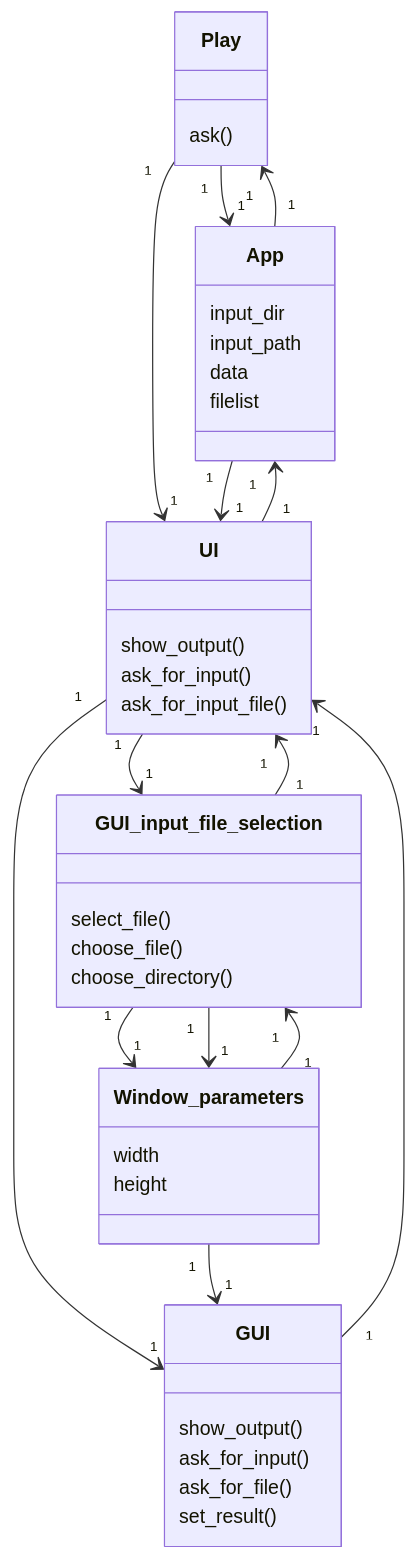
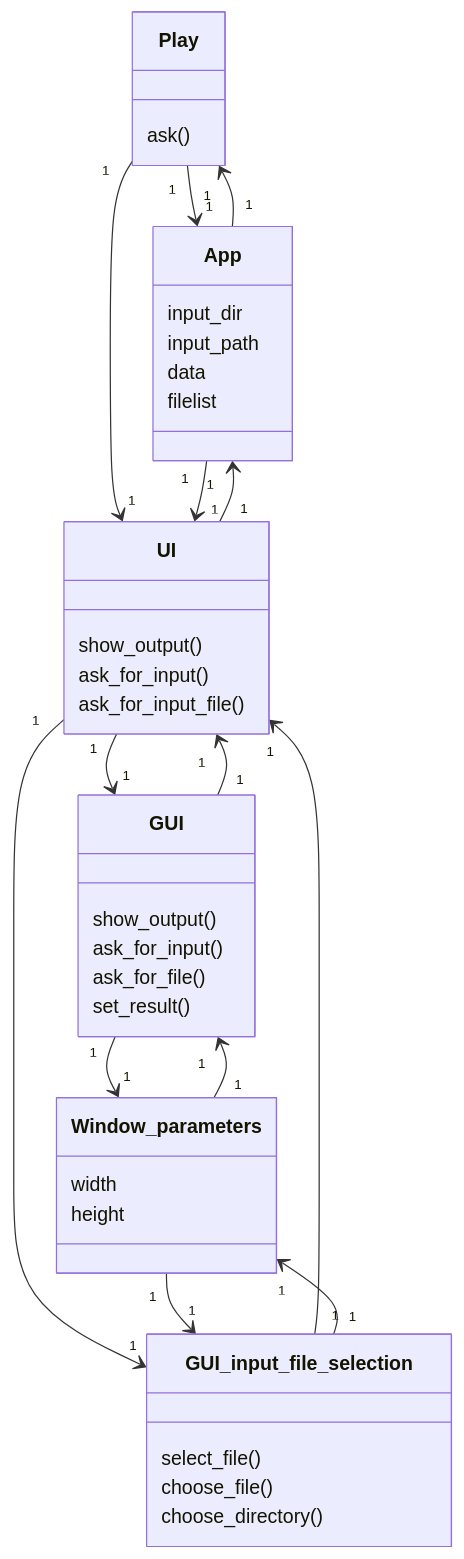
Before and after one commit to platipus82/ot-harjoitustyo: the second of 3 diagrams in dokumentaatio/arkkitehtuuri.MD, drawn with Mermaid.

````diff
--- a/dokumentaatio/arkkitehtuuri.MD
+++ b/dokumentaatio/arkkitehtuuri.MD
@@ -33,50 +33,50 @@
 ```mermaid
 classDiagram
     Play "1" --> "1" App 
     Play "1" --> "1" UI 
     App "1" --> "1" UI
     App "1" --> "1" Play
     UI "1" --> "1" App
     UI "1" --> "1" GUI
     UI "1" --> "1" GUI_input_file_selection
     GUI_input_file_selection "1" --> "1" UI
     GUI "1" --> "1" UI
     
     Window_parameters "1" --> "1" GUI
     Window_parameters "1" --> "1" GUI_input_file_selection
     GUI_input_file_selection "1" --> "1" Window_parameters
-    GUI_input_file_selection "1" --> "1" Window_parameters
+    GUI "1" --> "1" Window_parameters
     class App{
         input_dir
         input_path 
         data
         filelist
     }
     class Play{
         ask()
     }
     class UI{
         show_output()
         ask_for_input()
         ask_for_input_file()
     }
 
     class GUI{
         show_output()
         ask_for_input()
         ask_for_file()
         set_result()
 
     }
     
     class GUI_input_file_selection{
         select_file()
         choose_file()
         choose_directory()
     }    
     
     class Window_parameters{
         width
         height 
     }
 ```
````
